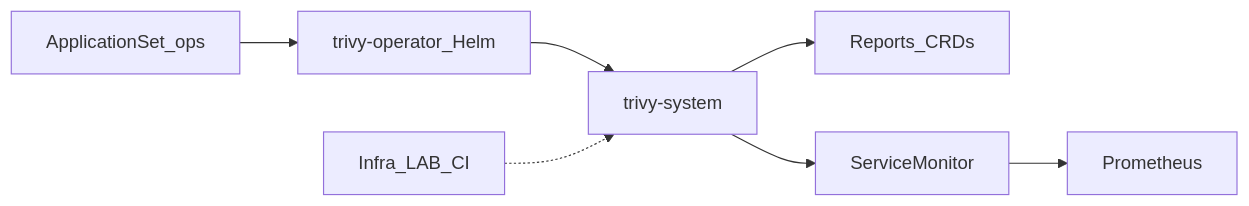
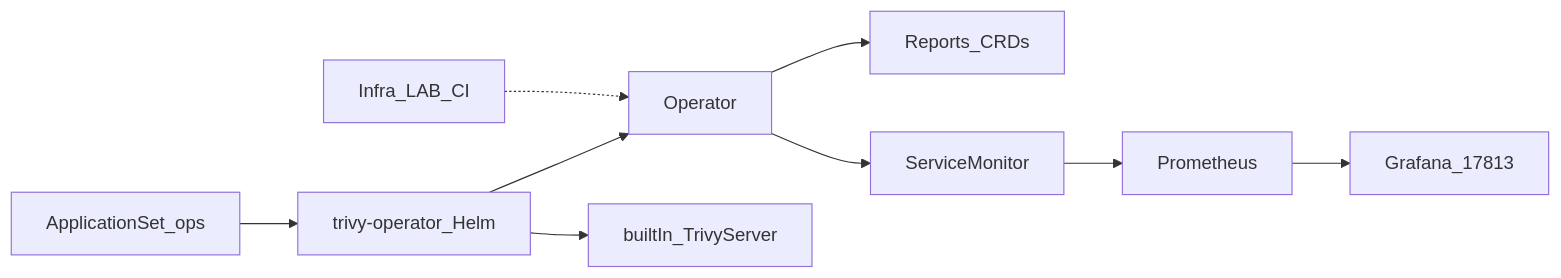
One commit to HenryHST/minilab changed the diagram in docs/bookstack/books/trivy-operator/01-uebersicht.md. Above: the diagram before and after it, drawn with Mermaid. The commit also changed other lines of this file and 15 other files, not shown here.

First line of the commit message:
feat(trivy): harden operator for issue #91 (#107)

````diff
--- a/docs/bookstack/books/trivy-operator/01-uebersicht.md
+++ b/docs/bookstack/books/trivy-operator/01-uebersicht.md
@@ -14,9 +16,11 @@
 ```mermaid
 flowchart LR
   Argo[ApplicationSet_ops] --> Chart[trivy-operator_Helm]
-  Chart --> Op[trivy-system]
+  Chart --> Op[Operator]
+  Chart --> Srv[builtIn_TrivyServer]
   Op --> CRs[Reports_CRDs]
   Op --> SM[ServiceMonitor]
   SM --> Prom[Prometheus]
+  Prom --> Graf[Grafana_17813]
   CI[Infra_LAB_CI] -.-> Op
 ```
````
